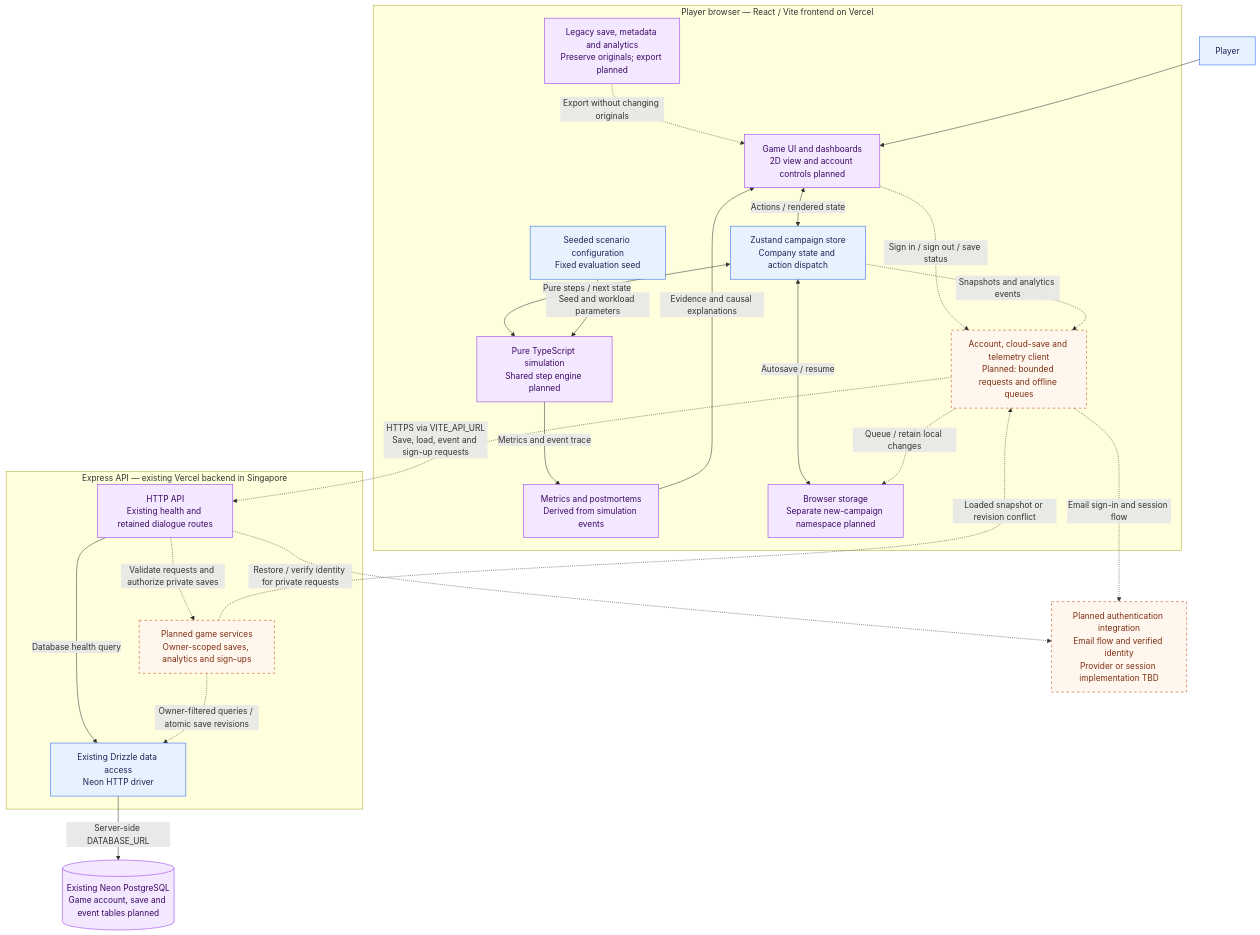
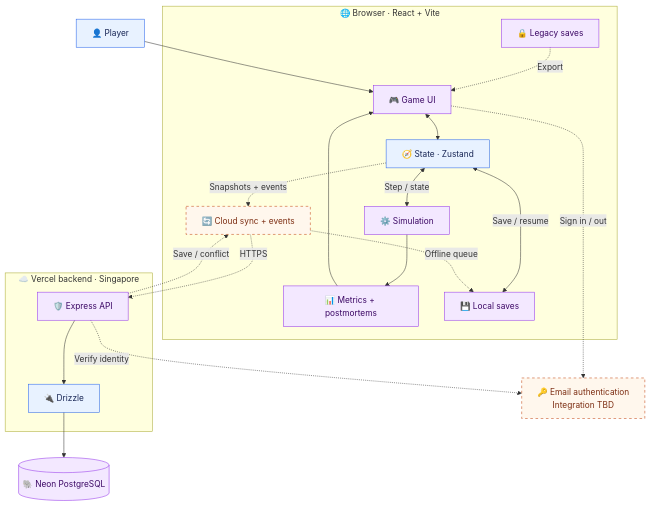
The first of 2 diagrams in docs/SYSTEM_ARCHITECTURE.md (CS3216-Final-Project/99.9-Percent), drawn with Mermaid before and after one commit. The commit also changed other lines of this file, not shown here.

Commit message:
docs(architecture): simplify diagrams with icons and concise labels

````diff
--- a/docs/SYSTEM_ARCHITECTURE.md
+++ b/docs/SYSTEM_ARCHITECTURE.md
@@ -11,52 +9,45 @@
 ```mermaid
 flowchart TB
-    player["Player"]
+    player["👤 Player"]
 
-    subgraph browser["Player browser — React / Vite frontend on Vercel"]
-        ui["Game UI and dashboards<br/>2D view and account controls planned"]
-        store["Zustand campaign store<br/>Company state and action dispatch"]
-        engine["Pure TypeScript simulation<br/>Shared step engine planned"]
-        scenario["Seeded scenario configuration<br/>Fixed evaluation seed"]
-        feedback["Metrics and postmortems<br/>Derived from simulation events"]
-        local["Browser storage<br/>Separate new-campaign namespace planned"]
-        legacy["Legacy save, metadata and analytics<br/>Preserve originals; export planned"]
-        client["Account, cloud-save and telemetry client<br/>Planned: bounded requests and offline queues"]
+    subgraph browser["🌐 Browser · React + Vite"]
+        ui["🎮 Game UI"]
+        store["🧭 State · Zustand"]
+        sim["⚙️ Simulation"]
+        reports["📊 Metrics + postmortems"]
+        local["💾 Local saves"]
+        legacy["🔒 Legacy saves"]
+        sync["🔄 Cloud sync + events"]
 
-        ui <-->|"Actions / rendered state"| store
-        store <-->|"Pure steps / next state"| engine
-        scenario -->|"Seed and workload parameters"| engine
-        engine -->|"Metrics and event trace"| feedback
-        feedback -->|"Evidence and causal explanations"| ui
-        store <-->|"Autosave / resume"| local
-        legacy -.->|"Export without changing originals"| ui
-        ui -.->|"Sign in / sign out / save status"| client
-        store -.->|"Snapshots and analytics events"| client
-        client -.->|"Queue / retain local changes"| local
+        ui <--> store
+        store <-->|"Step / state"| sim
+        sim --> reports --> ui
+        store <-->|"Save / resume"| local
+        legacy -.->|"Export"| ui
+        store -.->|"Snapshots + events"| sync
+        sync -.->|"Offline queue"| local
     end
 
-    subgraph backend["Express API — existing Vercel backend in Singapore"]
-        api["HTTP API<br/>Existing health and retained dialogue routes"]
-        services["Planned game services<br/>Owner-scoped saves, analytics and sign-ups"]
-        db["Existing Drizzle data access<br/>Neon HTTP driver"]
-        api -->|"Database health query"| db
-        api -.->|"Validate requests and authorize private saves"| services
-        services -.->|"Owner-filtered queries / atomic save revisions"| db
+    subgraph backend["☁️ Vercel backend · Singapore"]
+        api["🛡️ Express API"]
+        drizzle["🔌 Drizzle"]
+        api --> drizzle
     end
 
-    identity["Planned authentication integration<br/>Email flow and verified identity<br/>Provider or session implementation TBD"]
-    neon[("Existing Neon PostgreSQL<br/>Game account, save and event tables planned")]
+    auth["🔑 Email authentication<br/>Integration TBD"]
+    neon[("🐘 Neon PostgreSQL")]
 
     player --> ui
-    client -.->|"HTTPS via VITE_API_URL<br/>Save, load, event and sign-up requests"| api
-    api -.->|"Restore / verify identity for private requests"| identity
-    client -.->|"Email sign-in and session flow"| identity
-    services -.->|"Loaded snapshot or revision conflict"| client
-    db -->|"Server-side DATABASE_URL"| neon
+    ui -.->|"Sign in / out"| auth
+    sync -.->|"HTTPS"| api
+    api -.->|"Save / conflict"| sync
+    api -.->|"Verify identity"| auth
+    drizzle --> neon
 
     classDef existing fill:#e8f2ff,stroke:#2563eb,color:#172554;
     classDef extended fill:#f3e8ff,stroke:#9333ea,color:#3b0764;
     classDef planned fill:#fff7ed,stroke:#c2410c,color:#7c2d12,stroke-dasharray:5 5;
-    class player,scenario,store,db existing;
-    class ui,engine,feedback,local,legacy,api,neon extended;
-    class client,services,identity planned;
+    class player,store,drizzle existing;
+    class ui,sim,reports,local,legacy,api,neon extended;
+    class sync,auth planned;
 ```
````
